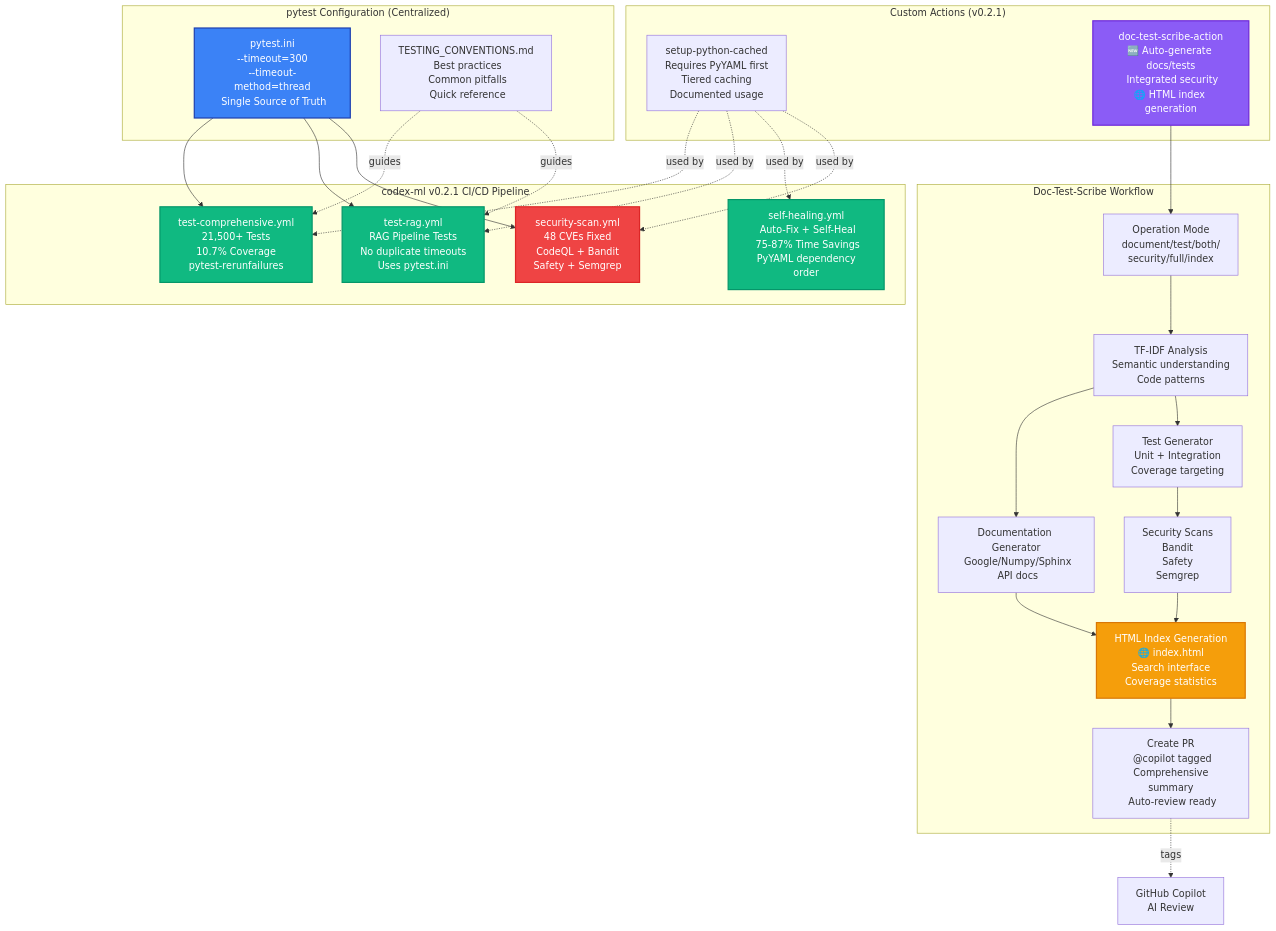
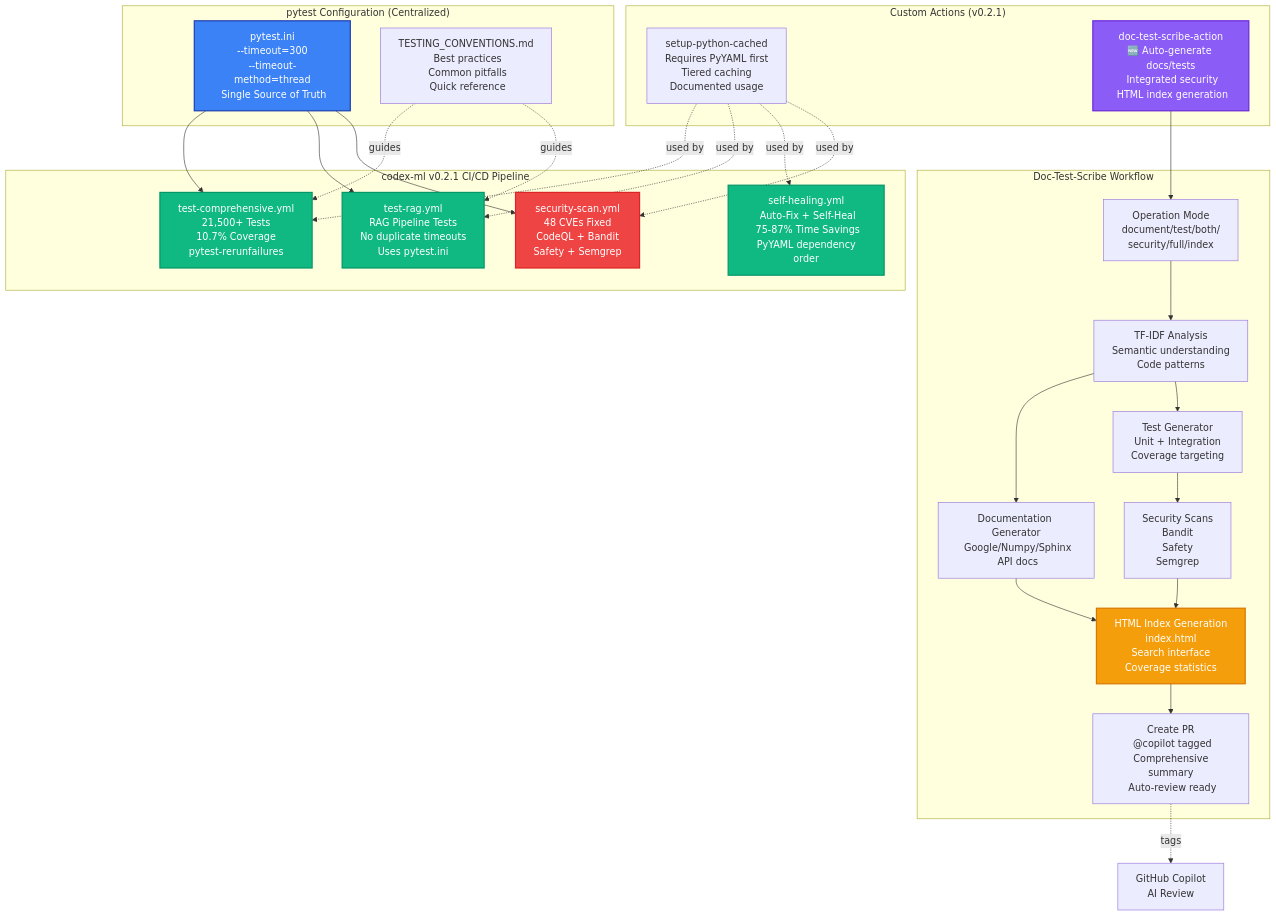
Before and after one commit to Aries-Serpent/_codex_: the first of 14 diagrams in docs/REPOSITORY_ARCHITECTURE_DIAGRAMS.md, drawn with Mermaid. The commit also changed other lines of this file and 665 other files, not shown here.

````diff
--- a/docs/REPOSITORY_ARCHITECTURE_DIAGRAMS.md
+++ b/docs/REPOSITORY_ARCHITECTURE_DIAGRAMS.md
@@ -31,65 +31,65 @@
 ```mermaid
 %%{init: {'accessibility': {'title': 'Diagram showing test-comprehensive.yml<br/> 21,500+ Tests<br/>10.7% Coverage<br/> pytest-rerunfailures, test-rag.yml<br/> RAG Pipeline Tests<br/> No duplicate timeouts<br/> Uses pytest.ini'}}%%
 graph TB
-    subgraph "codex-ml v0.2.1 CI/CD Pipeline"
-        TC[test-comprehensive.yml<br/> 21,500+ Tests<br/>10.7% Coverage<br/> pytest-rerunfailures]
-        TR[test-rag.yml<br/> RAG Pipeline Tests<br/> No duplicate timeouts<br/> Uses pytest.ini]
-        SH[self-healing.yml<br/> Auto-Fix + Self-Heal<br/> 75-87% Time Savings<br/> PyYAML dependency order]
-        SEC[security-scan.yml<br/> 48 CVEs Fixed<br/> CodeQL + Bandit<br/> Safety + Semgrep]
-    end
+ subgraph "codex-ml v0.2.1 CI/CD Pipeline"
+ TC[test-comprehensive.yml<br/> 21,500+ Tests<br/>10.7% Coverage<br/> pytest-rerunfailures]
+ TR[test-rag.yml<br/> RAG Pipeline Tests<br/> No duplicate timeouts<br/> Uses pytest.ini]
+ SH[self-healing.yml<br/> Auto-Fix + Self-Heal<br/> 75-87% Time Savings<br/> PyYAML dependency order]
+ SEC[security-scan.yml<br/> 48 CVEs Fixed<br/> CodeQL + Bandit<br/> Safety + Semgrep]
+ end
 
-    subgraph "pytest Configuration (Centralized)"
-        PI[pytest.ini<br/>--timeout=300<br/>--timeout-method=thread<br/> Single Source of Truth]
-        CONV[TESTING_CONVENTIONS.md<br/> Best practices<br/>️ Common pitfalls<br/> Quick reference]
-    end
+ subgraph "pytest Configuration (Centralized)"
+ PI[pytest.ini<br/>--timeout=300<br/>--timeout-method=thread<br/> Single Source of Truth]
+ CONV[TESTING_CONVENTIONS.md<br/> Best practices<br/>️ Common pitfalls<br/> Quick reference]
+ end
 
-    subgraph "Custom Actions (v0.2.1)"
-        SPC[setup-python-cached<br/> Requires PyYAML first<br/> Tiered caching<br/> Documented usage]
-        DTS[doc-test-scribe-action<br/>🆕 Auto-generate docs/tests<br/> Integrated security<br/>🌐 HTML index generation]
-    end
+ subgraph "Custom Actions (v0.2.1)"
+ SPC[setup-python-cached<br/> Requires PyYAML first<br/> Tiered caching<br/> Documented usage]
+ DTS[doc-test-scribe-action<br/>🆕 Auto-generate docs/tests<br/> Integrated security<br/> HTML index generation]
+ end
 
-    subgraph "Doc-Test-Scribe Workflow"
-        MODE[Operation Mode<br/>document/test/both/<br/>security/full/index]
-        ANALYZE[TF-IDF Analysis<br/> Semantic understanding<br/> Code patterns]
-        GENDOC[Documentation Generator<br/> Google/Numpy/Sphinx<br/> API docs]
-        GENTEST[Test Generator<br/> Unit + Integration<br/> Coverage targeting]
-        SECURITY[Security Scans<br/> Bandit<br/> Safety<br/> Semgrep]
-        HTML[HTML Index Generation<br/>🌐 index.html<br/> Search interface<br/> Coverage statistics]
-        PR[Create PR<br/> @copilot tagged<br/> Comprehensive summary<br/> Auto-review ready]
-    end
+ subgraph "Doc-Test-Scribe Workflow"
+ MODE[Operation Mode<br/>document/test/both/<br/>security/full/index]
+ ANALYZE[TF-IDF Analysis<br/> Semantic understanding<br/> Code patterns]
+ GENDOC[Documentation Generator<br/> Google/Numpy/Sphinx<br/> API docs]
+ GENTEST[Test Generator<br/> Unit + Integration<br/> Coverage targeting]
+ SECURITY[Security Scans<br/> Bandit<br/> Safety<br/> Semgrep]
+ HTML[HTML Index Generation<br/> index.html<br/> Search interface<br/> Coverage statistics]
+ PR[Create PR<br/> @copilot tagged<br/> Comprehensive summary<br/> Auto-review ready]
+ end
 
-    %% Configuration flows
-    PI --> TC
-    PI --> TR
-    PI --> SEC
-    CONV -.guides.-> TC
-    CONV -.guides.-> TR
+ %% Configuration flows
+ PI --> TC
+ PI --> TR
+ PI --> SEC
+ CONV -.guides.-> TC
+ CONV -.guides.-> TR
 
-    %% Custom action usage
-    SPC -.used by.-> TC
-    SPC -.used by.-> TR
-    SPC -.used by.-> SH
-    SPC -.used by.-> SEC
+ %% Custom action usage
+ SPC -.used by.-> TC
+ SPC -.used by.-> TR
+ SPC -.used by.-> SH
+ SPC -.used by.-> SEC
 
-    %% Doc-Test-Scribe workflow
-    MODE --> ANALYZE
-    ANALYZE --> GENDOC
-    ANALYZE --> GENTEST
-    GENDOC --> HTML
-    GENTEST --> SECURITY
-    SECURITY --> HTML
-    HTML --> PR
+ %% Doc-Test-Scribe workflow
+ MODE --> ANALYZE
+ ANALYZE --> GENDOC
+ ANALYZE --> GENTEST
+ GENDOC --> HTML
+ GENTEST --> SECURITY
+ SECURITY --> HTML
+ HTML --> PR
 
-    %% Integration points
-    DTS --> MODE
-    PR -.tags.-> Copilot[GitHub Copilot<br/> AI Review]
+ %% Integration points
+ DTS --> MODE
+ PR -.tags.-> Copilot[GitHub Copilot<br/> AI Review]
 
-    %% Styling v0.2.1
-    style TC fill:#10b981,stroke:#059669,stroke-width:2px,color:#fff
-    style TR fill:#10b981,stroke:#059669,stroke-width:2px,color:#fff
-    style SH fill:#10b981,stroke:#059669,stroke-width:2px,color:#fff
-    style SEC fill:#ef4444,stroke:#dc2626,stroke-width:2px,color:#fff
-    style PI fill:#3b82f6,stroke:#1e40af,stroke-width:2px,color:#fff
-    style DTS fill:#8b5cf6,stroke:#6d28d9,stroke-width:2px,color:#fff
-    style HTML fill:#f59e0b,stroke:#d97706,stroke-width:2px,color:#fff
+ %% Styling v0.2.1
+ style TC fill:#10b981,stroke:#059669,stroke-width:2px,color:#fff
+ style TR fill:#10b981,stroke:#059669,stroke-width:2px,color:#fff
+ style SH fill:#10b981,stroke:#059669,stroke-width:2px,color:#fff
+ style SEC fill:#ef4444,stroke:#dc2626,stroke-width:2px,color:#fff
+ style PI fill:#3b82f6,stroke:#1e40af,stroke-width:2px,color:#fff
+ style DTS fill:#8b5cf6,stroke:#6d28d9,stroke-width:2px,color:#fff
+ style HTML fill:#f59e0b,stroke:#d97706,stroke-width:2px,color:#fff
 ```
````
